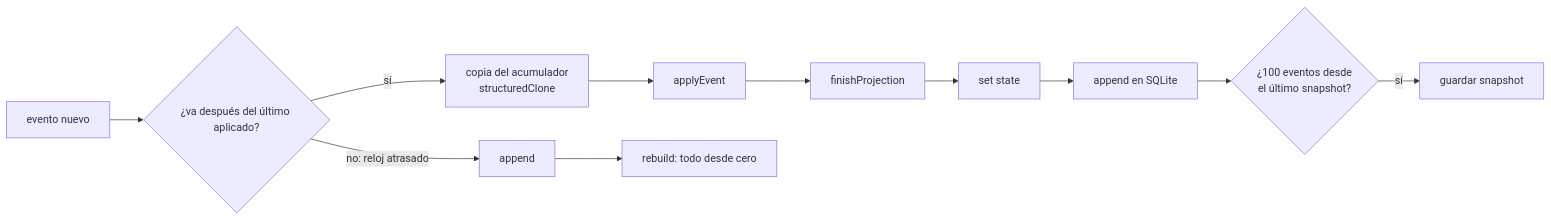
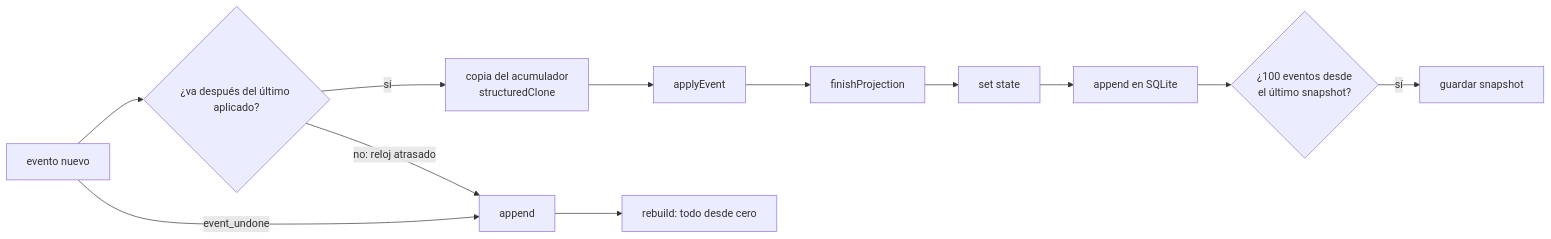
Before and after one commit to Carlos-Requena/Quest_Tareas: the first of 2 diagrams in src/features/snapshot/README.md, drawn with Mermaid. The commit also changed other lines of this file and 135 other files, not shown here.

````diff
--- a/src/features/snapshot/README.md
+++ b/src/features/snapshot/README.md
@@ -40,8 +40,9 @@
 ```mermaid
 flowchart LR
     A[evento nuevo] --> B{¿va después del último aplicado?}
     B -- sí --> C[copia del acumulador<br/>structuredClone] --> D[applyEvent] --> E[finishProjection] --> F[set state]
     F --> G[append en SQLite] --> H{¿100 eventos desde<br/>el último snapshot?}
     H -- sí --> I[guardar snapshot]
     B -- no: reloj atrasado --> J[append] --> K[rebuild: todo desde cero]
+    A -- event_undone --> J
 ```
````
